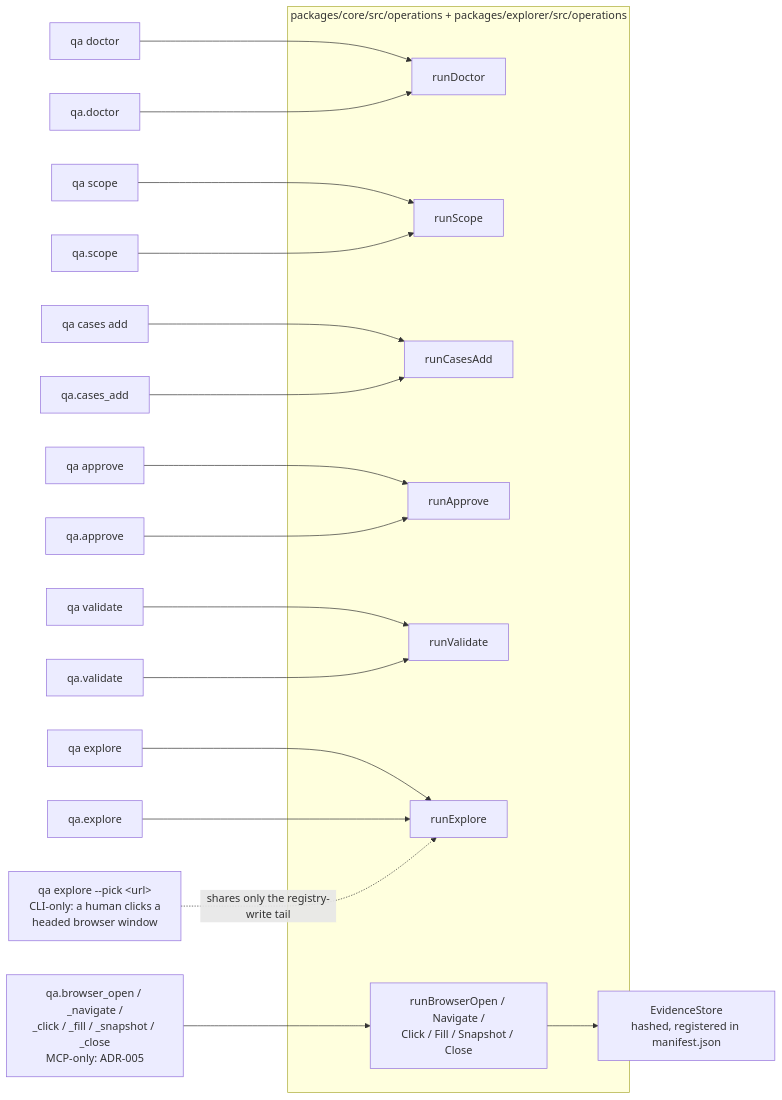
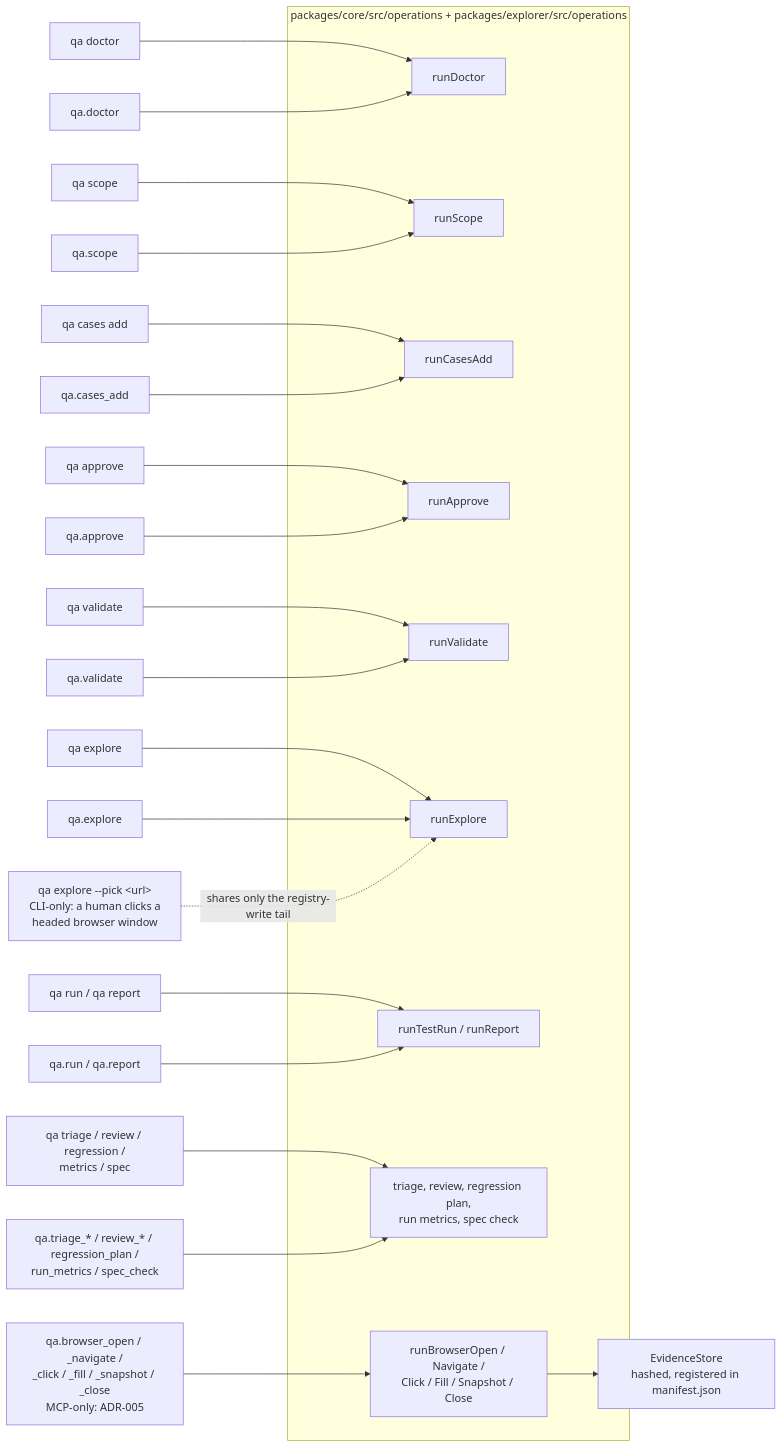
Before and after one commit to Klim-101/QA-AI-STLC: the third of 4 diagrams in docs/public/architecture-diagram.md, drawn with Mermaid. The commit also changed other lines of this file and 3 other files, not shown here.

````diff
--- a/docs/public/architecture-diagram.md
+++ b/docs/public/architecture-diagram.md
@@ -96,30 +91,36 @@
 ```mermaid
 flowchart LR
     subgraph Operations["packages/core/src/operations + packages/explorer/src/operations"]
         doctor["runDoctor"]
         scope["runScope"]
         cases["runCasesAdd"]
         approve["runApprove"]
         validate["runValidate"]
         explore["runExplore"]
+        run["runTestRun / runReport"]
+        spokes["triage, review, regression plan,<br/>run metrics, spec check"]
         browser["runBrowserOpen / Navigate /<br/>Click / Fill / Snapshot / Close"]
     end
 
     cliDoctor["qa doctor"] --> doctor
     mcpDoctor["qa.doctor"] --> doctor
     cliScope["qa scope"] --> scope
     mcpScope["qa.scope"] --> scope
     cliCases["qa cases add"] --> cases
     mcpCases["qa.cases_add"] --> cases
     cliApprove["qa approve"] --> approve
     mcpApprove["qa.approve"] --> approve
     cliValidate["qa validate"] --> validate
     mcpValidate["qa.validate"] --> validate
     cliExplore["qa explore"] --> explore
     mcpExplore["qa.explore"] --> explore
+    cliRun["qa run / qa report"] --> run
+    mcpRun["qa.run / qa.report"] --> run
+    cliSpokes["qa triage / review / regression /<br/>metrics / spec"] --> spokes
+    mcpSpokes["qa.triage_* / review_* / regression_plan /<br/>run_metrics / spec_check"] --> spokes
 
     pick["qa explore --pick &lt;url&gt;<br/>CLI-only: a human clicks a<br/>headed browser window"] -. "shares only the registry-write tail" .-> explore
 
     mcpBrowser["qa.browser_open / _navigate /<br/>_click / _fill / _snapshot / _close<br/>MCP-only: ADR-005"] --> browser
     browser --> evidence["EvidenceStore<br/>hashed, registered in manifest.json"]
 ```
````
